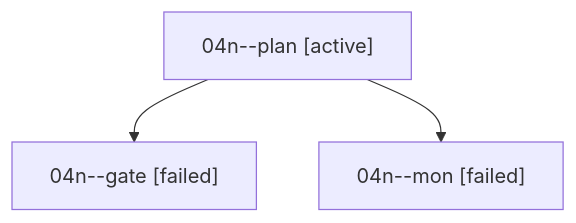
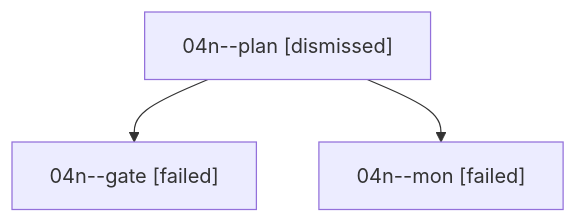
One commit to sase-org/sase--agents changed the diagram in sessions/bbugyi200.athena.04n.md. Above: the diagram before and after it, drawn with Mermaid. The commit also changed other lines of this file and 28 other files, not shown here.

````diff
--- a/sessions/bbugyi200.athena.04n.md
+++ b/sessions/bbugyi200.athena.04n.md
@@ -9,8 +9,8 @@
 ```mermaid
 flowchart TD
-  n0["04n--plan [active]"]
+  n0["04n--plan [dismissed]"]
   n1["04n--gate [failed]"]
   n0 --> n1
   n2["04n--mon [failed]"]
   n0 --> n2
 ```
````
